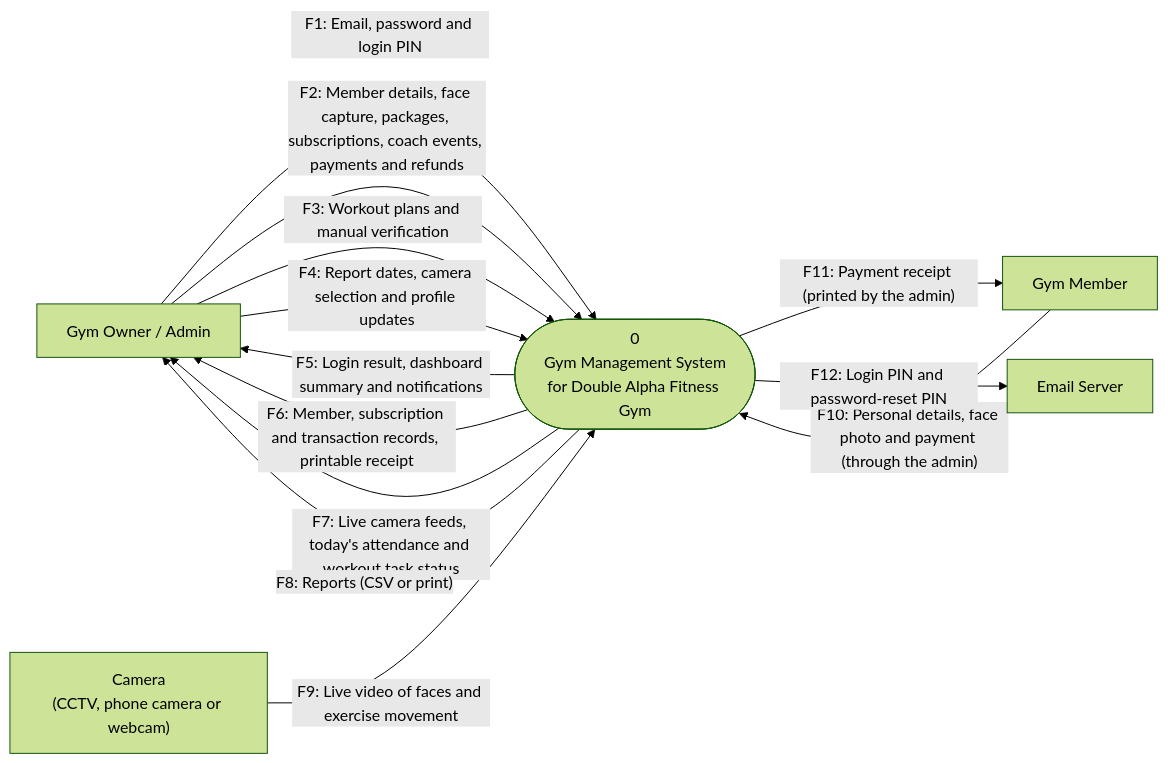
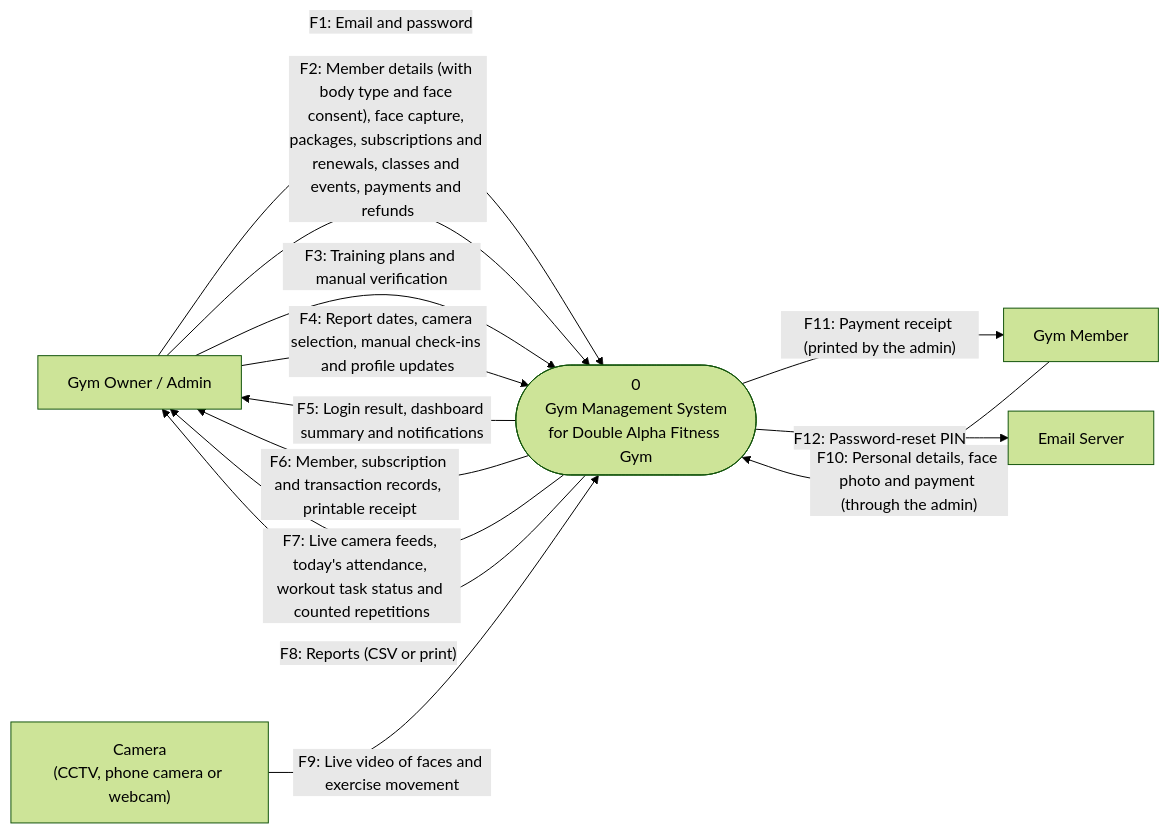
One commit to Plonteras191/GYM2-CAPSTONE changed the diagram in DOCUMENTATION/Context Level Diagram/Context Level Diagram.md. Above: the diagram before and after it, drawn with Mermaid (forest theme). The commit also changed other lines of this file and 10 other files, not shown here.

First line of the commit message:
docs(diagrams): update the DOCUMENTATION diagram write-ups to the current system

````diff
--- a/DOCUMENTATION/Context Level Diagram/Context Level Diagram.md
+++ b/DOCUMENTATION/Context Level Diagram/Context Level Diagram.md
@@ -22,23 +19,23 @@
 ```mermaid
 flowchart LR
     Admin["Gym Owner / Admin"]
     Camera["Camera<br/>(CCTV, phone camera or webcam)"]
     Member["Gym Member"]
     Mail["Email Server"]
     System(["0<br/>Gym Management System<br/>for Double Alpha Fitness Gym"])
 
-    Admin -->|"F1: Email, password and login PIN"| System
-    Admin -->|"F2: Member details, face capture, packages, subscriptions, coach events, payments and refunds"| System
-    Admin -->|"F3: Workout plans and manual verification"| System
-    Admin -->|"F4: Report dates, camera selection and profile updates"| System
+    Admin -->|"F1: Email and password"| System
+    Admin -->|"F2: Member details (with body type and face consent), face capture, packages, subscriptions and renewals, classes and events, payments and refunds"| System
+    Admin -->|"F3: Training plans and manual verification"| System
+    Admin -->|"F4: Report dates, camera selection, manual check-ins and profile updates"| System
 
     System -->|"F5: Login result, dashboard summary and notifications"| Admin
     System -->|"F6: Member, subscription and transaction records, printable receipt"| Admin
-    System -->|"F7: Live camera feeds, today's attendance and workout task status"| Admin
+    System -->|"F7: Live camera feeds, today's attendance, workout task status and counted repetitions"| Admin
     System -->|"F8: Reports (CSV or print)"| Admin
 
     Camera -->|"F9: Live video of faces and exercise movement"| System
     Member -->|"F10: Personal details, face photo and payment (through the admin)"| System
     System -->|"F11: Payment receipt (printed by the admin)"| Member
-    System -->|"F12: Login PIN and password-reset PIN"| Mail
+    System -->|"F12: Password-reset PIN"| Mail
 ```
````
